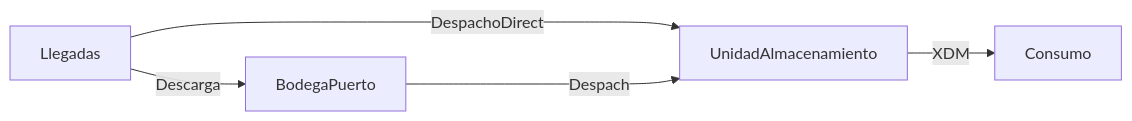
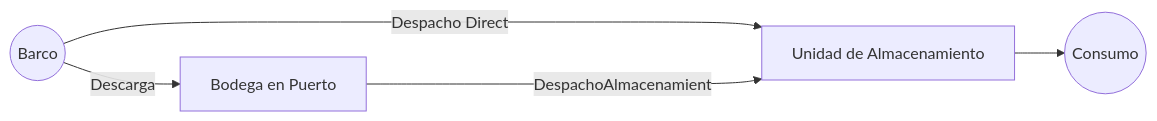
The first of 2 diagrams in README.md (luisferpinilla/bios_solver), drawn with Mermaid before and after one commit. The commit also changed other lines of this file, not shown here.

````diff
--- a/README.md
+++ b/README.md
@@ -37,7 +37,7 @@
 ```mermaid
 graph LR;
-    Llegadas --Descarga--> BodegaPuerto
-    Llegadas --DespachoDirecto--> UnidadAlmacenamiento
-    BodegaPuerto --Despacho--> UnidadAlmacenamiento
-    UnidadAlmacenamiento --XDM--> Consumo
+    id0((Barco)) --Descarga--> id1[Bodega en Puerto]
+    id0((Barco)) --Despacho Directo--> id2[Unidad de Almacenamiento]
+    id1[Bodega en Puerto] --DespachoAlmacenamiento--> id2[Unidad de Almacenamiento]
+    id2[Unidad de Almacenamiento] --> id3((Consumo))
 ```
````
